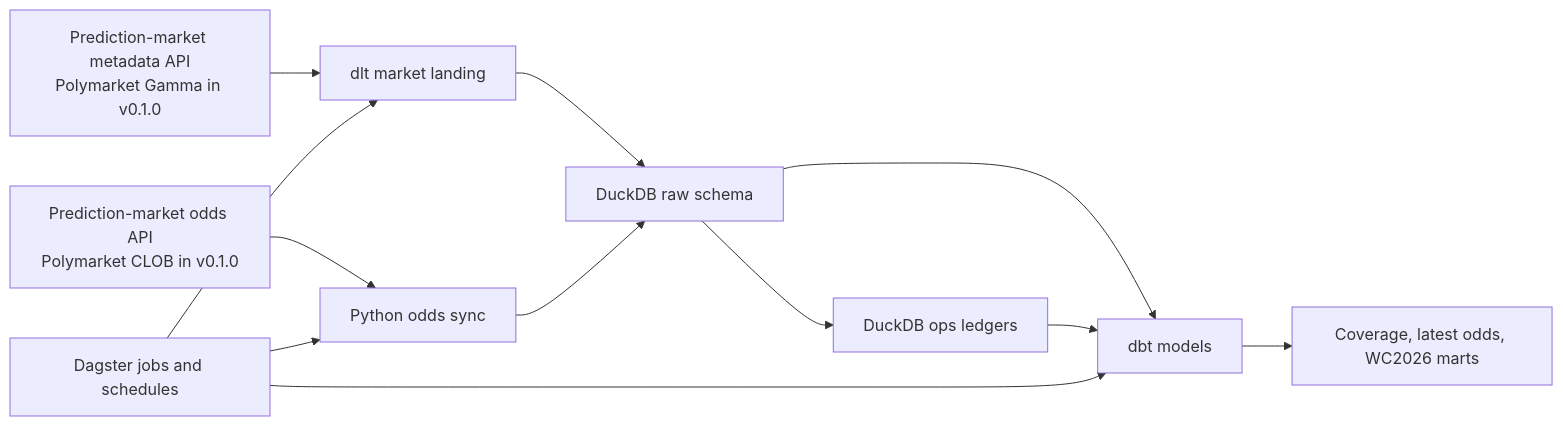
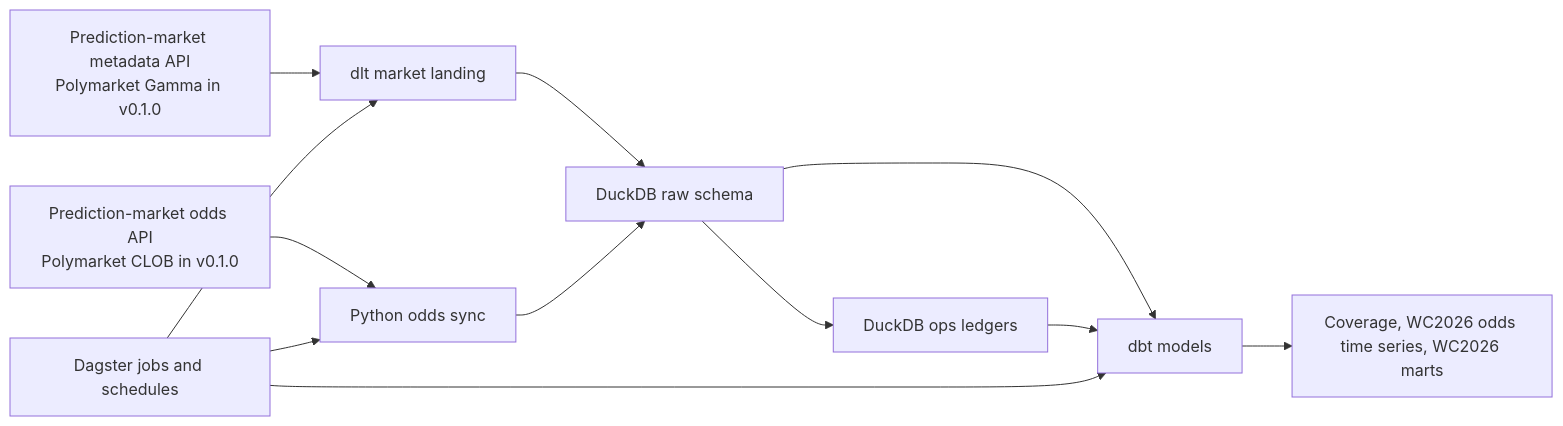
One commit to hypertrial/oddsfox changed the first of 2 diagrams in docs/architecture.md. Above: the diagram before and after it, drawn with Mermaid. The commit also changed other lines of this file and 26 other files, not shown here.

Commit message:
Replace token_latest_odds with WC2026 full odds time series marts

````diff
--- a/docs/architecture.md
+++ b/docs/architecture.md
@@ -10,14 +10,14 @@
 ```mermaid
 flowchart LR
     gamma["Prediction-market metadata API<br/>Polymarket Gamma in v0.1.0"] --> dlt["dlt market landing"]
     clob["Prediction-market odds API<br/>Polymarket CLOB in v0.1.0"] --> odds["Python odds sync"]
     dlt --> raw["DuckDB raw schema"]
     odds --> raw
     raw --> ops["DuckDB ops ledgers"]
     raw --> dbt["dbt models"]
     ops --> dbt
-    dbt --> marts["Coverage, latest odds, WC2026 marts"]
+    dbt --> marts["Coverage, WC2026 odds time series, WC2026 marts"]
     dagster["Dagster jobs and schedules"] --> dlt
     dagster --> odds
     dagster --> dbt
 ```
````
